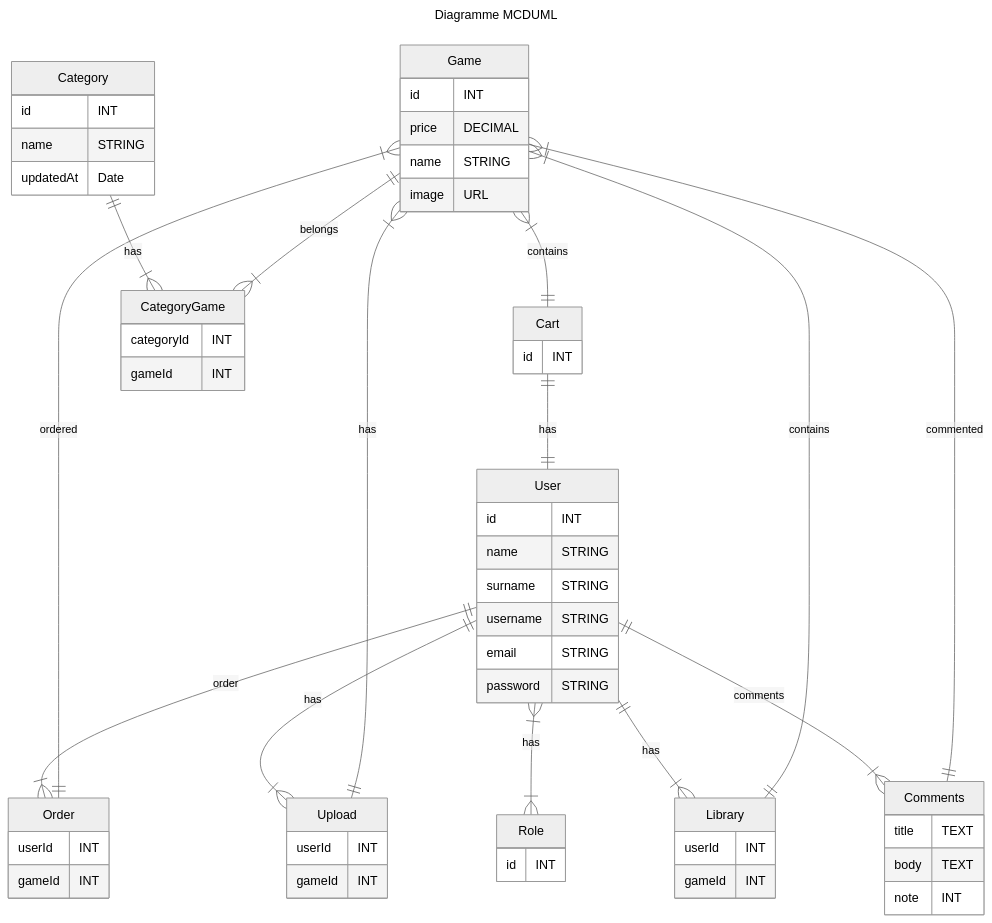
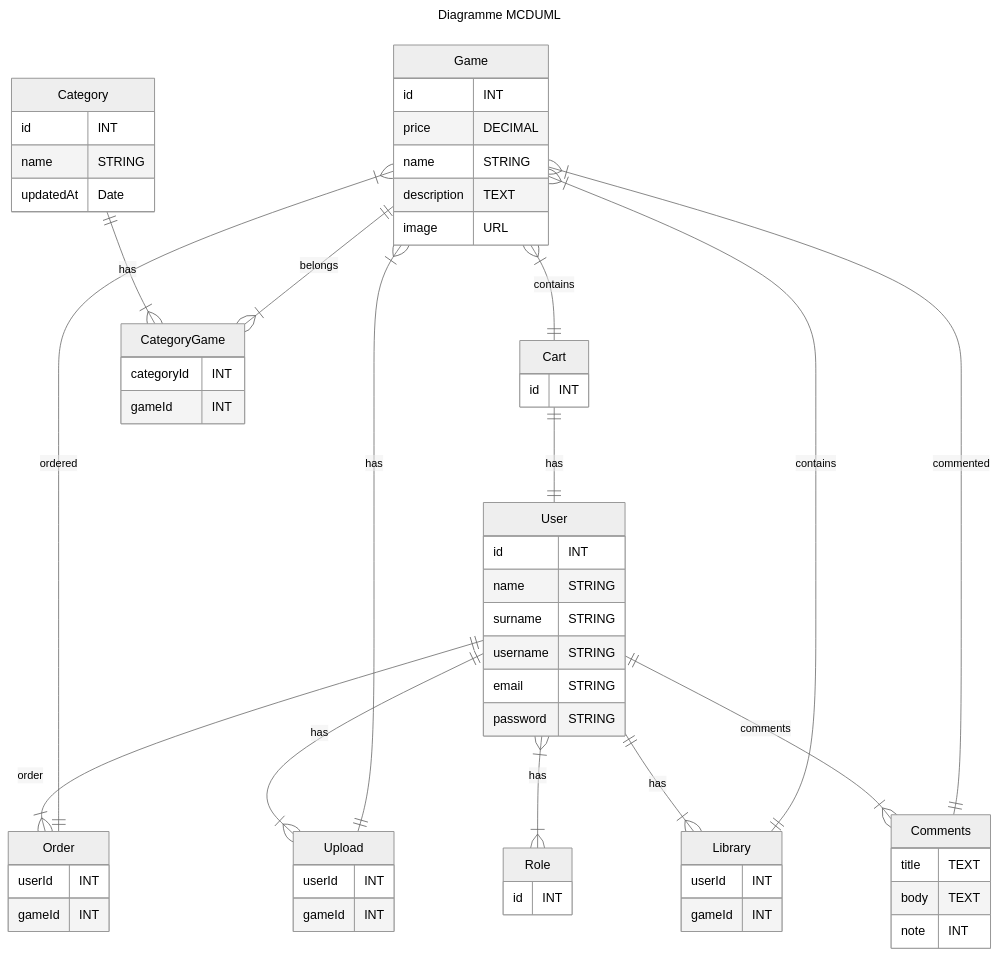
Before and after one commit to JameS-Gmz/api-Rest: the first of 2 diagrams in README.md, drawn with Mermaid (neutral theme).

```diff
--- a/README.md
+++ b/README.md
@@ -55,6 +55,7 @@
 id INT
 price DECIMAL
 name STRING
+description TEXT
 image URL
 }
 
```
